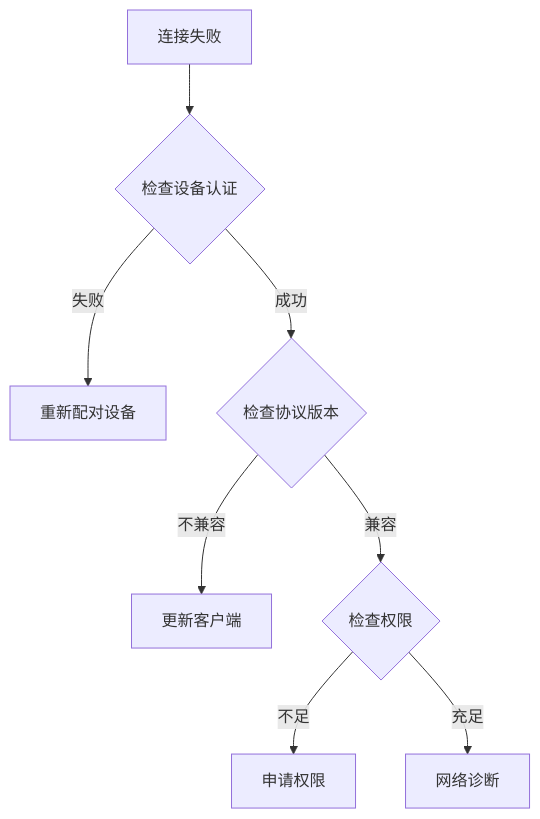
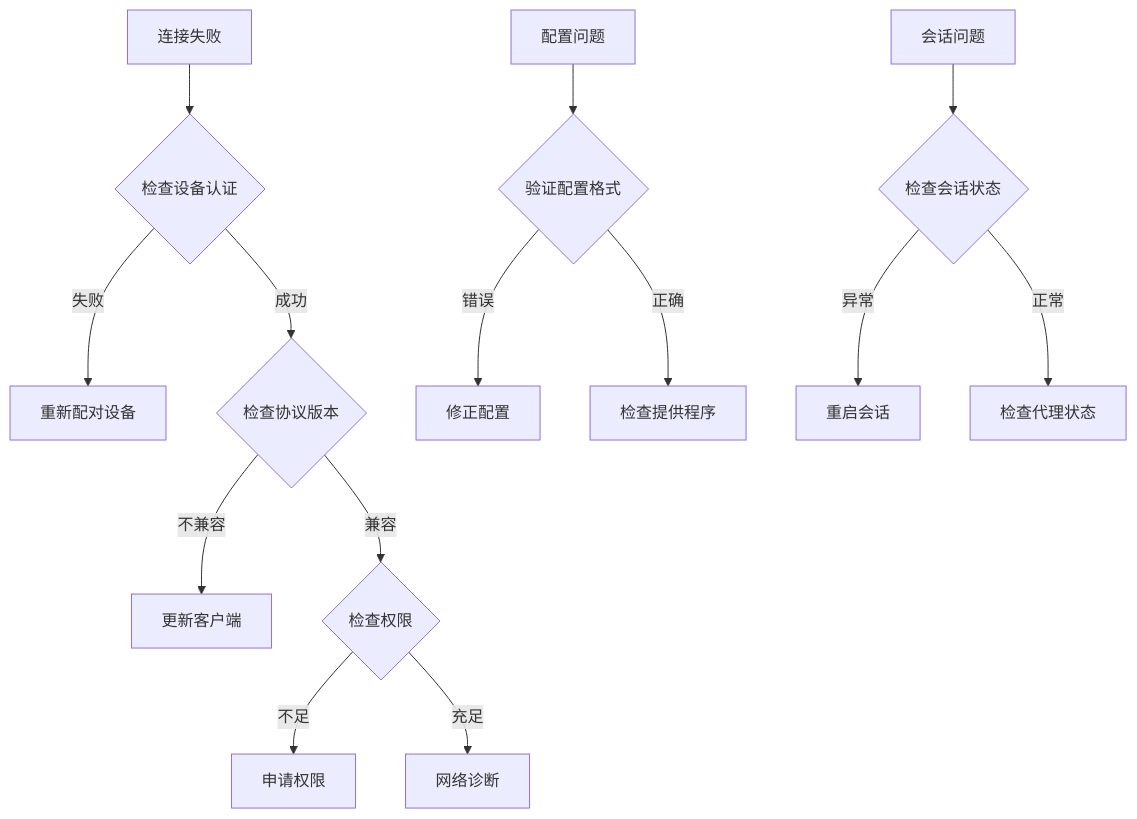
Diagram 16 of 16 in .qoder/repowiki/zh/content/项目概述/技术架构概览/网关协议设计/网关协议增强.md (verse-ai-org/openclaw), drawn with Mermaid before and after one commit. The commit also changed other lines of this file and 11 other files, not shown here.

````diff
--- a/.qoder/repowiki/zh/content/项目概述/技术架构概览/网关协议设计/网关协议增强.md
+++ b/.qoder/repowiki/zh/content/项目概述/技术架构概览/网关协议设计/网关协议增强.md
@@ -431,10 +679,16 @@
-   ```mermaid
+```mermaid
 flowchart TD
 A[连接失败] --> B{检查设备认证}
 B --> |失败| C[重新配对设备]
 B --> |成功| D{检查协议版本}
 D --> |不兼容| E[更新客户端]
 D --> |兼容| F{检查权限}
 F --> |不足| G[申请权限]
 F --> |充足| H[网络诊断]
+I[配置问题] --> J{验证配置格式}
+J --> |错误| K[修正配置]
+J --> |正确| L[检查提供程序]
+M[会话问题] --> N{检查会话状态}
+N --> |异常| O[重启会话]
+N --> |正常| P[检查代理状态]
 ```
````
